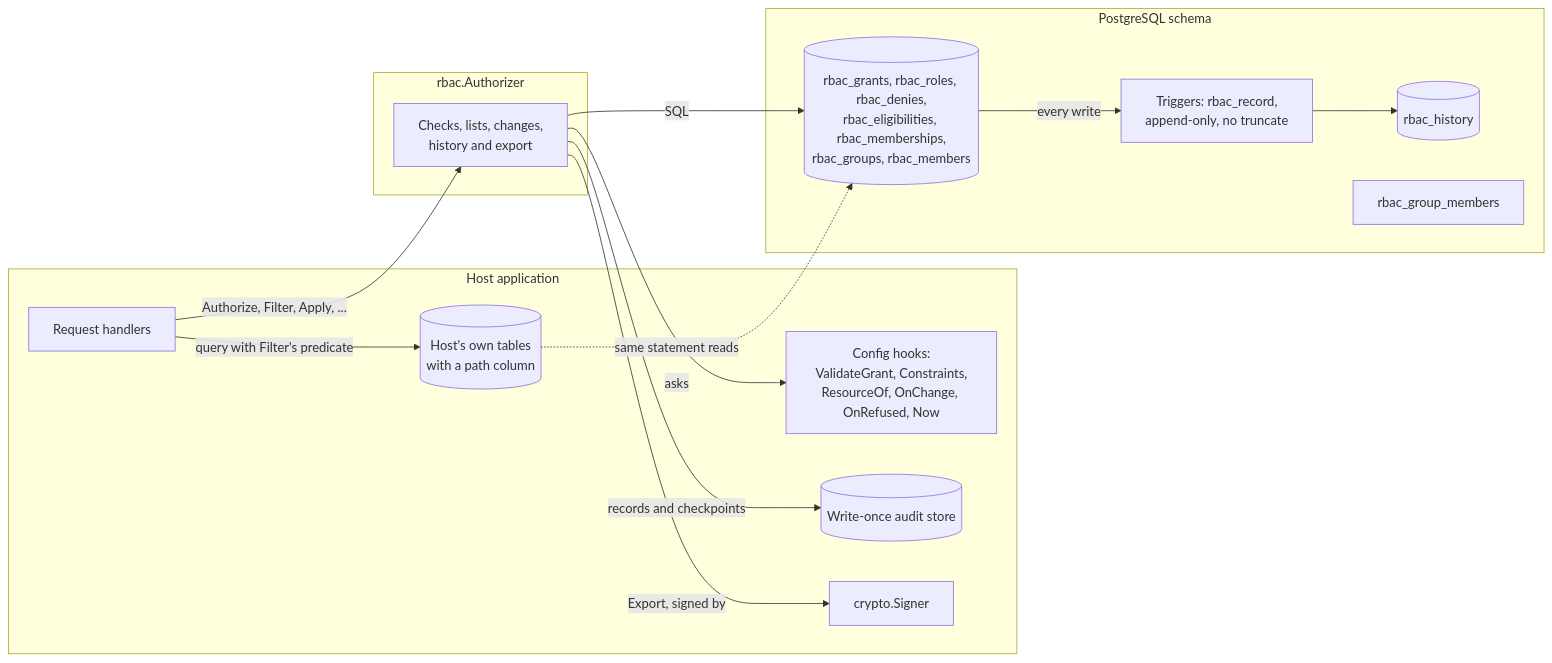
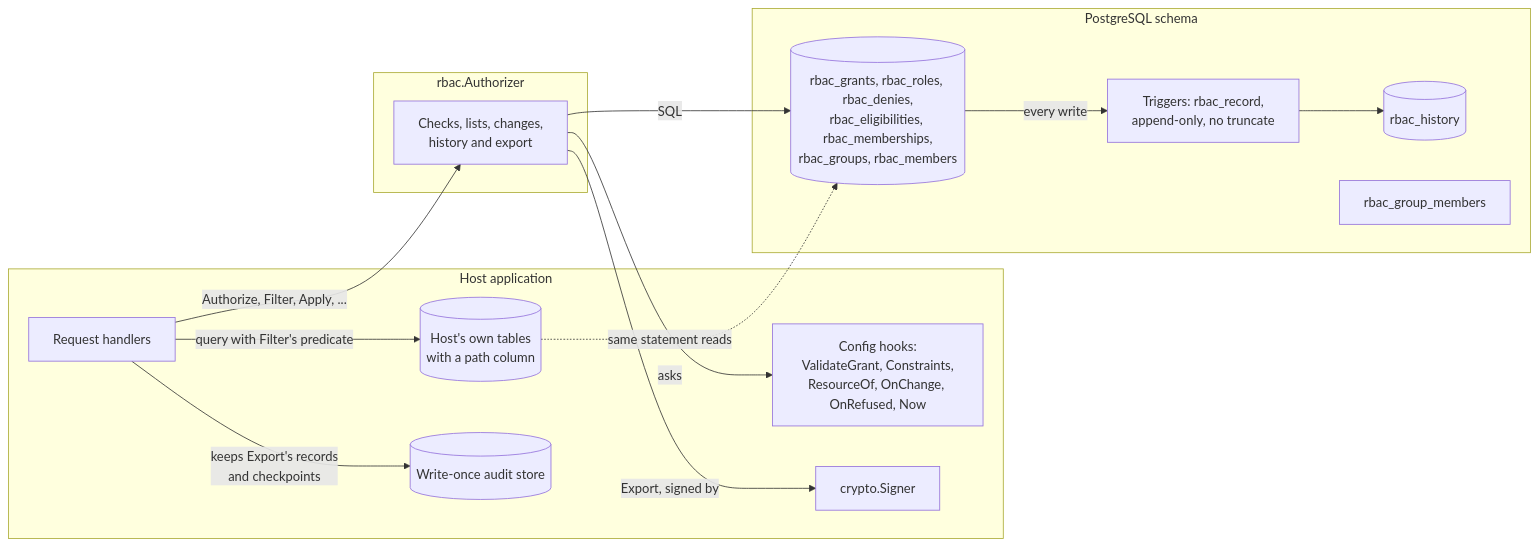
The first of 13 diagrams in docs/architecture.md (parallelworks/rbac), drawn with Mermaid before and after one commit. The commit also changed other lines of this file, not shown here.

Commit message:
docs: review: what each host write asks, how locks can still deadlock, and every other statement as the code does it

````diff
--- a/docs/architecture.md
+++ b/docs/architecture.md
@@ -28,28 +29,28 @@
 ```mermaid
 flowchart LR
     subgraph host["Host application"]
         code["Request handlers"]
         hooks["Config hooks:<br/>ValidateGrant, Constraints,<br/>ResourceOf, OnChange, OnRefused, Now"]
         own[("Host's own tables<br/>with a path column")]
         store[("Write-once audit store")]
         signer["crypto.Signer"]
     end
     subgraph lib["rbac.Authorizer"]
         api["Checks, lists, changes,<br/>history and export"]
     end
     subgraph pg["PostgreSQL schema"]
         tables[("rbac_grants, rbac_roles, rbac_denies,<br/>rbac_eligibilities, rbac_memberships,<br/>rbac_groups, rbac_members")]
         history[("rbac_history")]
         triggers["Triggers: rbac_record,<br/>append-only, no truncate"]
         fn["rbac_group_members"]
     end
     code -->|"Authorize, Filter, Apply, ..."| api
     api -->|"asks"| hooks
     api -->|"SQL"| tables
     tables -->|"every write"| triggers
     triggers --> history
     code -->|"query with Filter's predicate"| own
     own -.->|"same statement reads"| tables
     api -->|"Export, signed by"| signer
-    api -->|"records and checkpoints"| store
+    code -->|"keeps Export's records<br/>and checkpoints"| store
 ```
````
